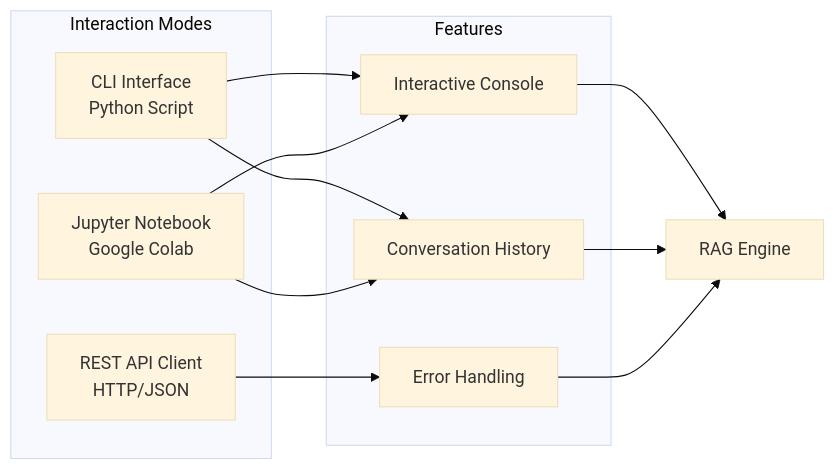
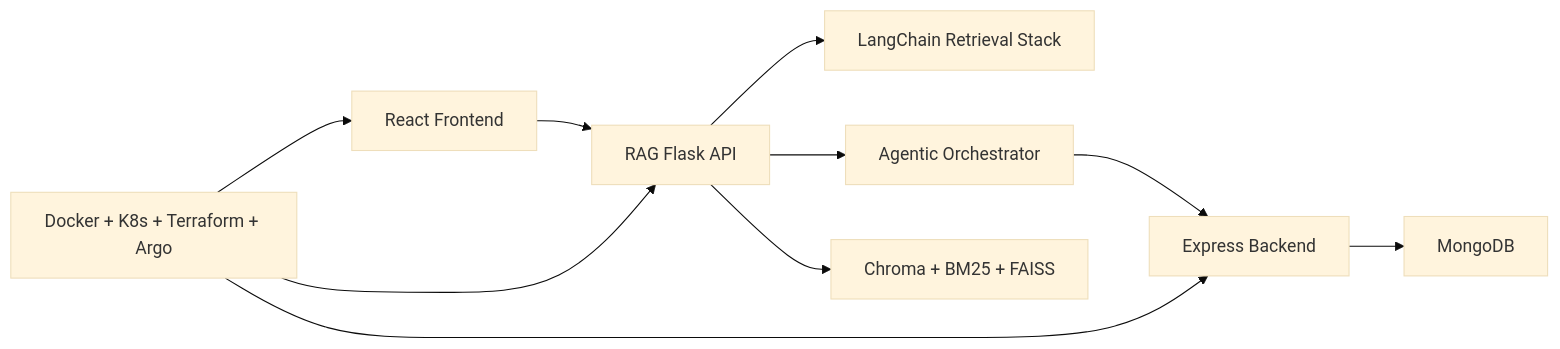
Before and after one commit to yamposskype/AI-RAG-LangChain: the first of 21 diagrams in ARCHITECTURE.md, drawn with Mermaid (base theme). The commit also changed other lines of this file and 164 other files, not shown here.

````diff
--- a/ARCHITECTURE.md
+++ b/ARCHITECTURE.md
@@ -250,24 +155,12 @@
 ```mermaid
 graph LR
-    subgraph "Interaction Modes"
-        A[CLI Interface<br/>Python Script]
-        B[Jupyter Notebook<br/>Google Colab]
-        C[REST API Client<br/>HTTP/JSON]
-    end
-
-    subgraph "Features"
-        D[Interactive Console]
-        E[Conversation History]
-        F[Error Handling]
-    end
-
-    A --> D
-    A --> E
-    B --> D
-    B --> E
-    C --> F
-
-    D --> G[RAG Engine]
-    E --> G
-    F --> G
+  UI[React Frontend] --> API[RAG Flask API]
+  API --> RET[LangChain Retrieval Stack]
+  API --> AGENT[Agentic Orchestrator]
+  AGENT --> BE[Express Backend]
+  BE --> MDB[MongoDB]
+  API --> CHROMA[Chroma + BM25 + FAISS]
+  DEVOPS[Docker + K8s + Terraform + Argo] --> API
+  DEVOPS --> BE
+  DEVOPS --> UI
 ```
````
